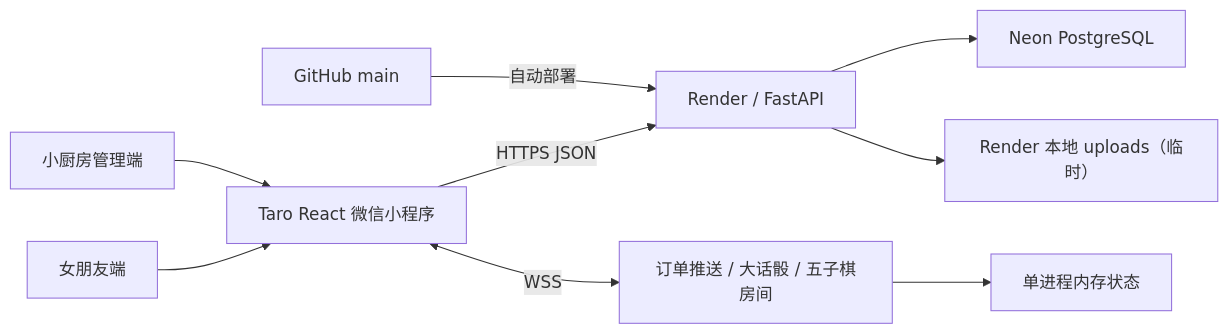
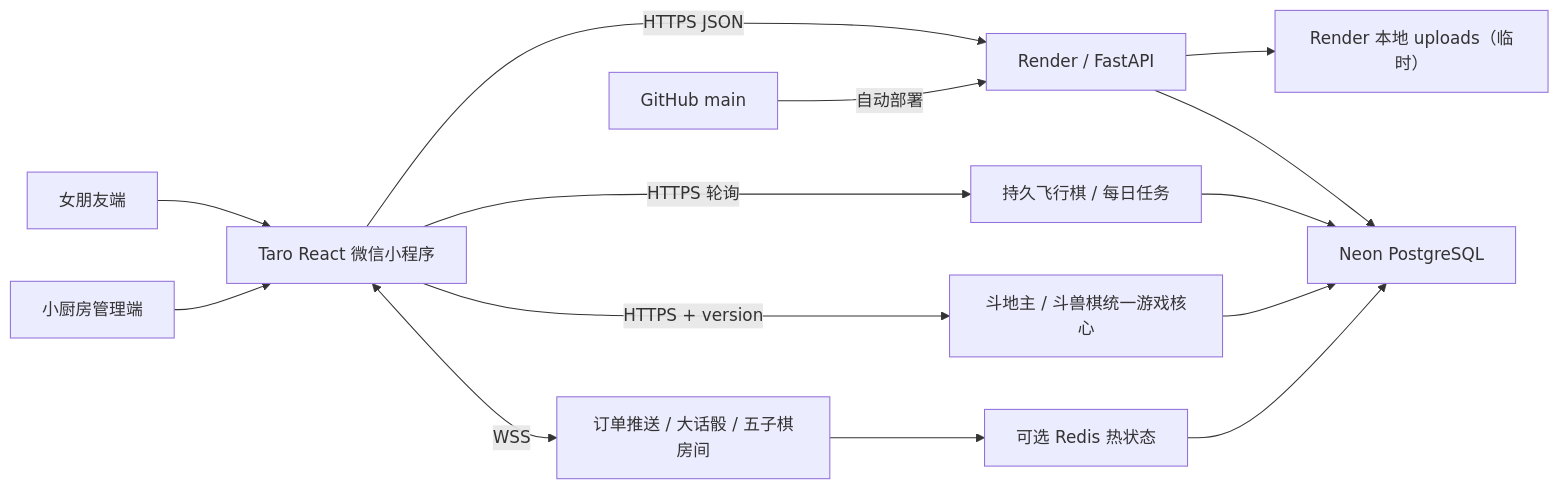
One commit to zj1310426307-stack/girlfriend-menu-app changed the diagram in docs/PROJECT_HANDOFF.md. Above: the diagram before and after it, drawn with Mermaid. The commit also changed other lines of this file and 195 other files, not shown here.

````diff
--- a/docs/PROJECT_HANDOFF.md
+++ b/docs/PROJECT_HANDOFF.md
@@ -34,11 +43,16 @@
 ```mermaid
 flowchart LR
   U["女朋友端"] --> MP["Taro React 微信小程序"]
   A["小厨房管理端"] --> MP
   MP -->|"HTTPS JSON"| API["Render / FastAPI"]
   MP <-->|"WSS"| RT["订单推送 / 大话骰 / 五子棋房间"]
+  MP -->|"HTTPS 轮询"| FL["持久飞行棋 / 每日任务"]
+  MP -->|"HTTPS + version"| GE["斗地主 / 斗兽棋统一游戏核心"]
   API --> DB["Neon PostgreSQL"]
+  FL --> DB
+  GE --> DB
   API --> FS["Render 本地 uploads（临时）"]
-  RT --> MEM["单进程内存状态"]
+  RT --> REDIS["可选 Redis 热状态"]
+  REDIS --> DB
   GH["GitHub main"] -->|"自动部署"| API
 ```
````
